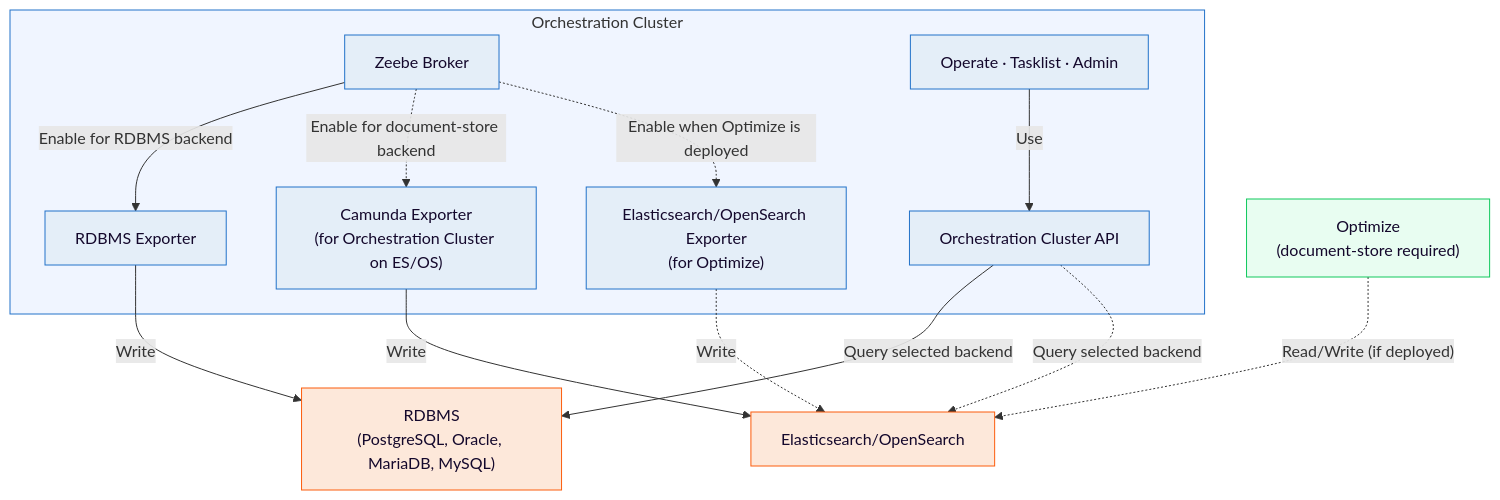
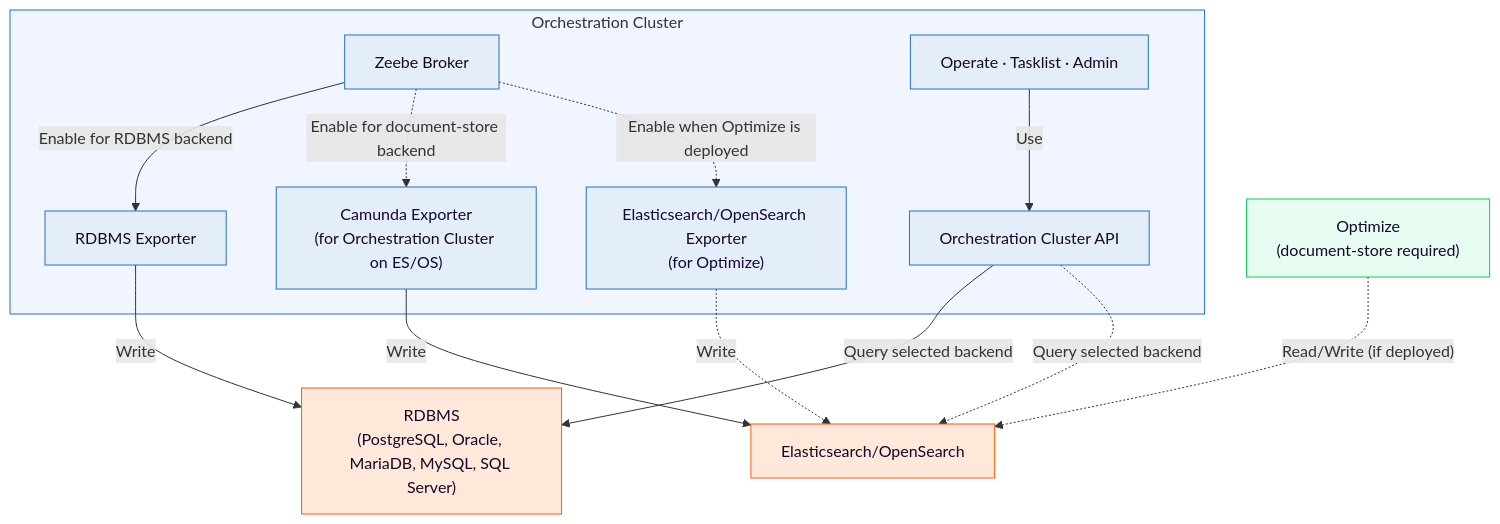
One commit to camunda/camunda-docs changed the diagram in docs/self-managed/concepts/secondary-storage/index.md. Above: the diagram before and after it, drawn with Mermaid. The commit also changed 109 other files, not shown here.

````diff
--- a/docs/self-managed/concepts/secondary-storage/index.md
+++ b/docs/self-managed/concepts/secondary-storage/index.md
@@ -39,34 +39,34 @@
 ```mermaid
 graph TD
     subgraph oc["Orchestration Cluster"]
         broker["Zeebe Broker"]
         exp_rdbms["RDBMS Exporter"]
         exp_camunda["Camunda Exporter\n(for Orchestration Cluster on ES/OS)"]
         exp_opt["Elasticsearch/OpenSearch Exporter\n(for Optimize)"]
         api["Orchestration Cluster API"]
         apps["Operate · Tasklist · Admin"]
     end
-    rdbms["RDBMS\n(PostgreSQL, Oracle, MariaDB, MySQL)"]
+    rdbms["RDBMS\n(PostgreSQL, Oracle, MariaDB, MySQL, SQL Server)"]
     es["Elasticsearch/OpenSearch"]
     opt["Optimize\n(document-store required)"]
     broker -->|"Enable for RDBMS backend"| exp_rdbms
     broker -.->|"Enable for document-store backend"| exp_camunda
     broker -.->|"Enable when Optimize is deployed"| exp_opt
     exp_rdbms -->|"Write"| rdbms
     exp_camunda -->|"Write"| es
     exp_opt -.->|"Write"| es
     apps -->|"Use"| api
     api -->|"Query selected backend"| rdbms
     api -.->|"Query selected backend"| es
     opt -.->|"Read/Write (if deployed)"| es
     style broker fill:#e4eef8,stroke:#2272c9,color:#14082c
     style exp_rdbms fill:#e4eef8,stroke:#2272c9,color:#14082c
     style exp_camunda fill:#e4eef8,stroke:#2272c9,color:#14082c
     style exp_opt fill:#e4eef8,stroke:#2272c9,color:#14082c
     style api fill:#e4eef8,stroke:#2272c9,color:#14082c
     style apps fill:#e4eef8,stroke:#2272c9,color:#14082c
     style rdbms fill:#fde8da,stroke:#fc5d0d,color:#14082c
     style es fill:#fde8da,stroke:#fc5d0d,color:#14082c
     style oc fill:#f0f5ff,stroke:#2272c9
     style opt fill:#e8fdf1,stroke:#10c95d,color:#14082c
 ```
````
